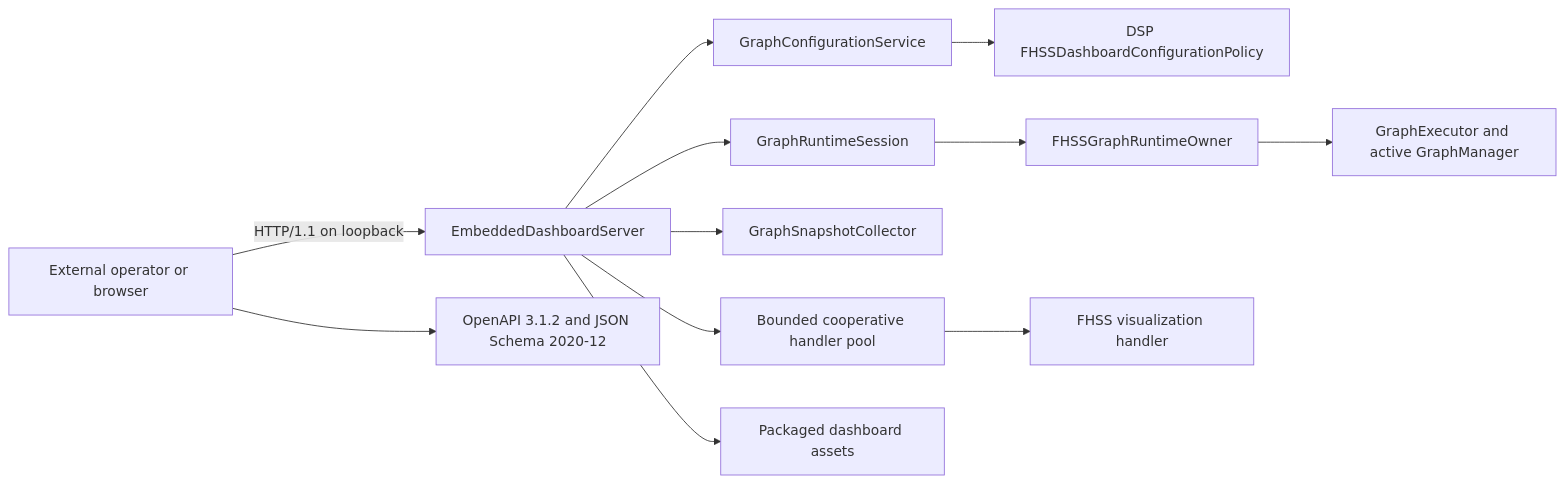
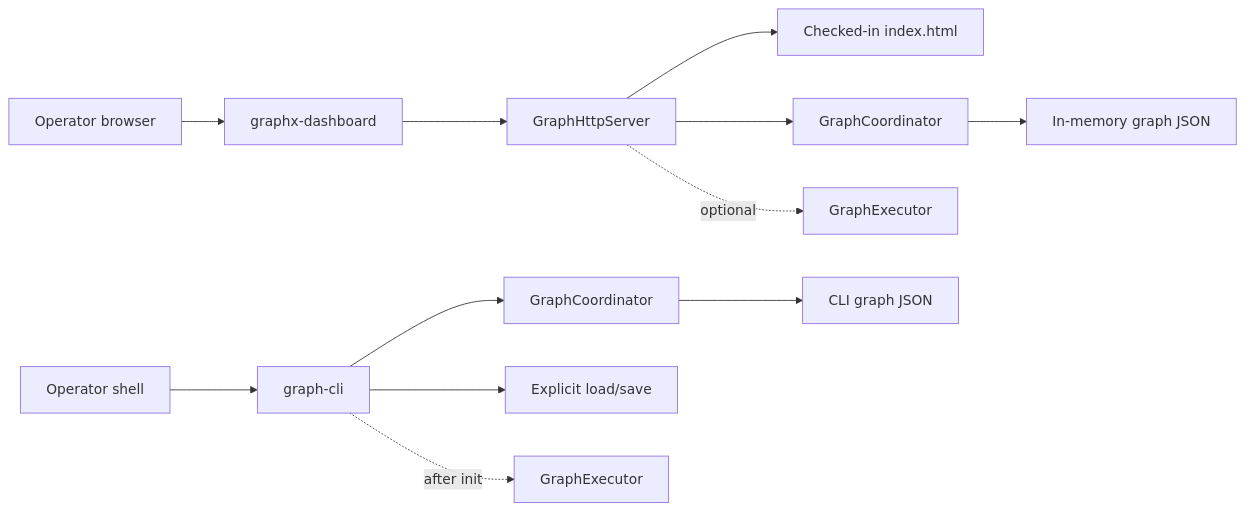
Before and after one commit to rklinkhammer/GraphX: the diagram in docs/graphx_dashboard.md, drawn with Mermaid. The commit also changed other lines of this file and 20 other files, not shown here.

````diff
--- a/docs/graphx_dashboard.md
+++ b/docs/graphx_dashboard.md
@@ -32,14 +21,15 @@
 ```mermaid
 flowchart LR
-  Operator["External operator or browser"] -->|"HTTP/1.1 on loopback"| Server["EmbeddedDashboardServer"]
-  Server --> Config["GraphConfigurationService"]
-  Config --> Policy["DSP FHSSDashboardConfigurationPolicy"]
-  Server --> Runtime["GraphRuntimeSession"]
-  Runtime --> Owner["FHSSGraphRuntimeOwner"]
-  Owner --> Executor["GraphExecutor and active GraphManager"]
-  Server --> Snapshots["GraphSnapshotCollector"]
-  Server --> Pool["Bounded cooperative handler pool"]
-  Pool --> FHSS["FHSS visualization handler"]
-  Server --> Assets["Packaged dashboard assets"]
-  Operator --> Contracts["OpenAPI 3.1.2 and JSON Schema 2020-12"]
+  Operator["Operator browser"] --> HTTP["graphx-dashboard"]
+  HTTP --> Server["GraphHttpServer"]
+  Server --> UI["Checked-in index.html"]
+  Server --> Coordinator["GraphCoordinator"]
+  Coordinator --> Document["In-memory graph JSON"]
+  Server -. "optional" .-> Executor["GraphExecutor"]
+
+  Shell["Operator shell"] --> CLI["graph-cli"]
+  CLI --> CliCoordinator["GraphCoordinator"]
+  CliCoordinator --> CliDocument["CLI graph JSON"]
+  CLI --> Files["Explicit load/save"]
+  CLI -. "after init" .-> CliExecutor["GraphExecutor"]
 ```
````
